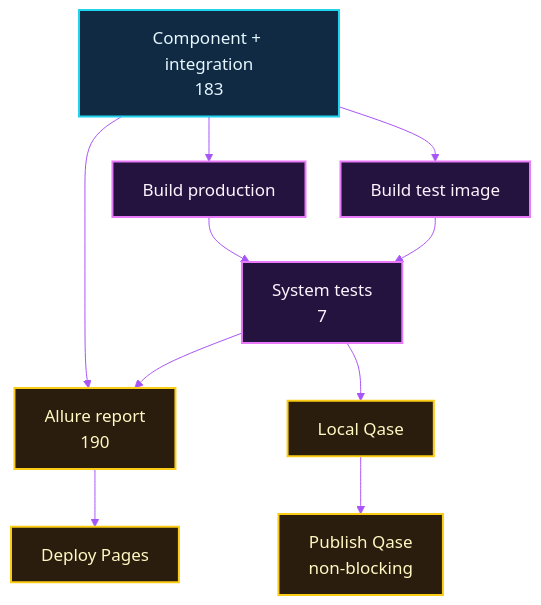
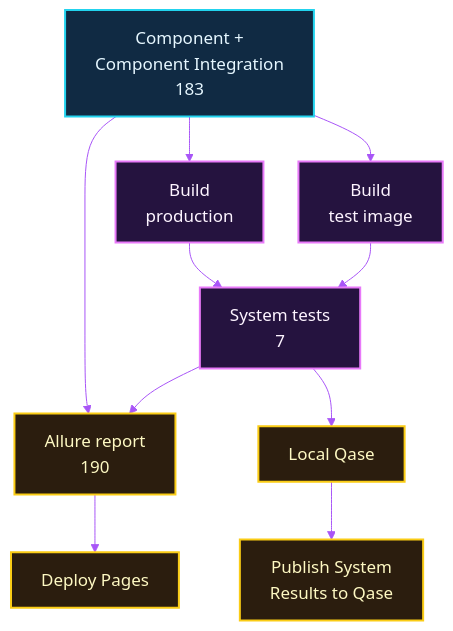
One commit to michalmarczuk/event-agent changed the diagram in docs/OPERATIONS.md. Above: the diagram before and after it, drawn with Mermaid. The commit also changed 3 other files, not shown here.

Commit message:
Improve Mermaid readability and simplify README flow

````diff
--- a/docs/OPERATIONS.md
+++ b/docs/OPERATIONS.md
@@ -225,20 +225,20 @@
 ```mermaid
 %%{init: {'theme': 'base', 'themeVariables': {'background': '#07111f', 'primaryColor': '#102a43', 'primaryTextColor': '#e6f7ff', 'primaryBorderColor': '#22d3ee', 'secondaryColor': '#25133f', 'tertiaryColor': '#12352b', 'lineColor': '#a855f7', 'fontFamily': 'ui-sans-serif, system-ui', 'fontSize': '17px'}, 'flowchart': {'nodeSpacing': 35, 'rankSpacing': 45}}}%%
 flowchart TB
-    component["Component + integration\n183"] --> production["Build production"]
-    component --> test_image["Build test image"]
+    component["Component +<br/>Component Integration\n183"] --> production["Build<br/>production"]
+    component --> test_image["Build<br/>test image"]
     production --> system["System tests\n7"]
     test_image --> system
     component --> allure["Allure report\n190"]
     system --> allure
     allure --> pages["Deploy Pages"]
     system --> local["Local Qase"]
-    local --> publish["Publish Qase\nnon-blocking"]
+    local --> publish["Publish System<br/>Results to Qase"]
 
     classDef ci fill:#102a43,stroke:#22d3ee,color:#e6f7ff,stroke-width:2px;
     classDef image fill:#25133f,stroke:#e879f9,color:#fdf4ff,stroke-width:2px;
     classDef report fill:#2b1d0e,stroke:#facc15,color:#fef9c3,stroke-width:2px;
     class component ci;
     class production,test_image,system image;
     class allure,pages,local,publish report;
 ```
````
